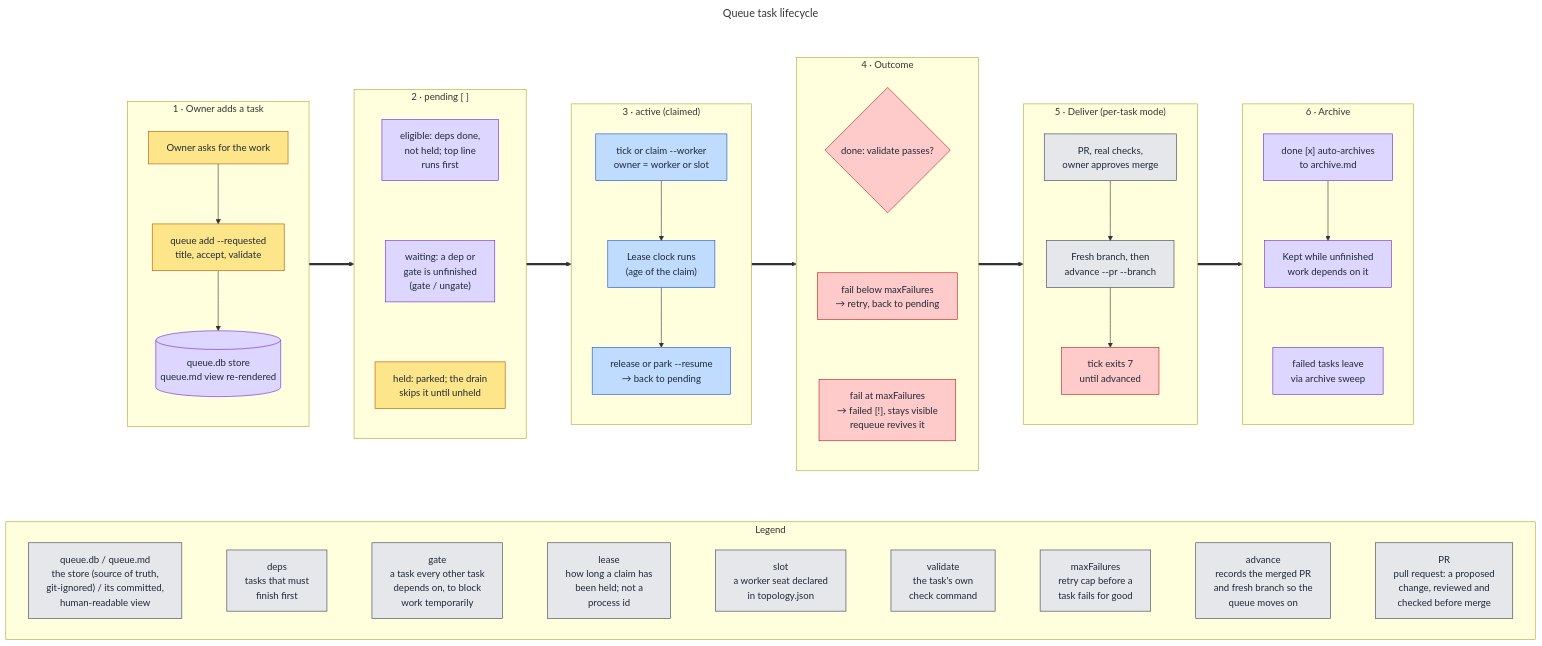
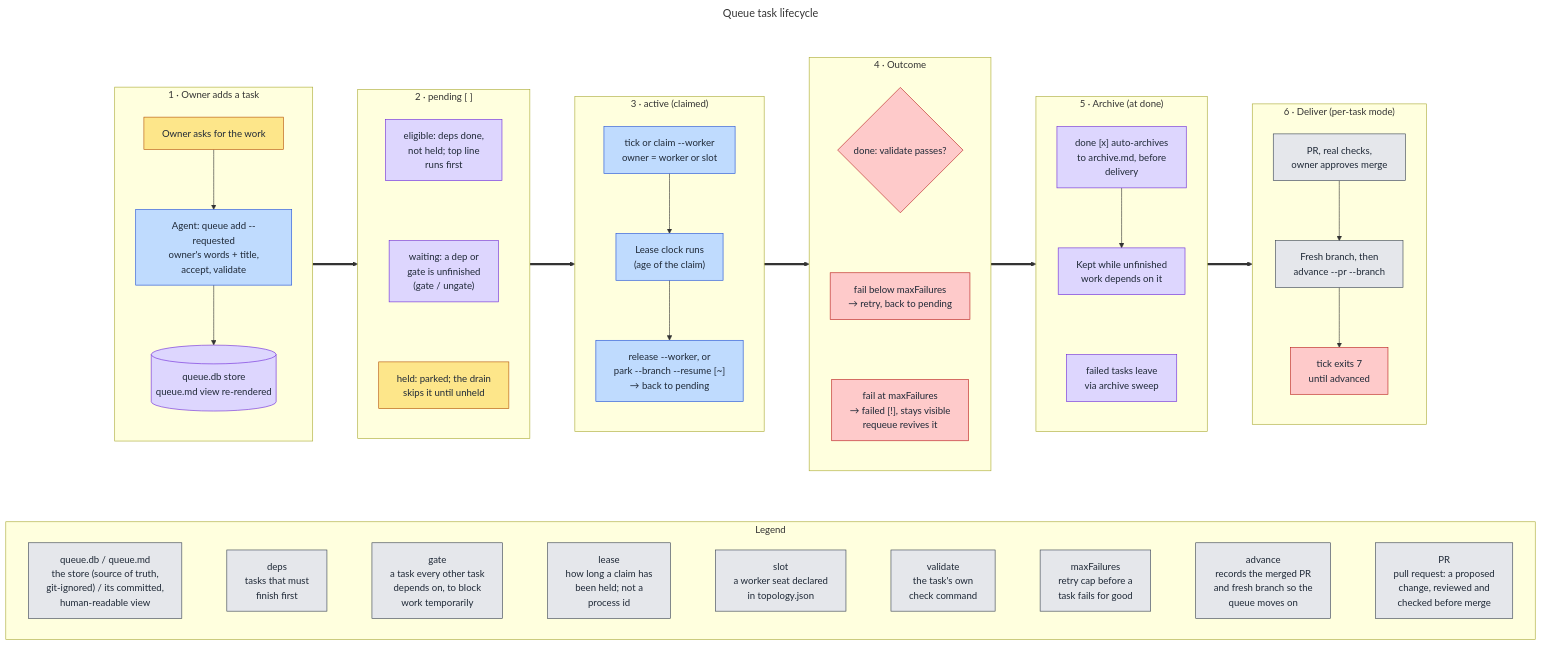
One commit to victusfate/scaffold changed the diagram in docs/diagrams/src/queue-lifecycle.mmd. Above: the diagram before and after it, drawn with Mermaid. The commit also changed 21 other files, not shown here.

First line of the commit message:
docs(diagrams): accuracy fixes from a per-diagram source review

```diff
--- a/docs/diagrams/src/queue-lifecycle.mmd
+++ b/docs/diagrams/src/queue-lifecycle.mmd
@@ -1,85 +1,85 @@
 ---
 title: Queue task lifecycle
 ---
 flowchart TB
   classDef owner fill:#fde68a,stroke:#b45309,color:#1f2937
   classDef orch fill:#bfdbfe,stroke:#1d4ed8,color:#1f2937
   classDef state fill:#ddd6fe,stroke:#6d28d9,color:#1f2937
   classDef lane fill:#bbf7d0,stroke:#15803d,color:#1f2937
   classDef git fill:#e5e7eb,stroke:#374151,color:#1f2937
   classDef gate fill:#fecaca,stroke:#b91c1c,color:#1f2937
 
   %% Edges run between stage subgraphs (not inner nodes) so each stage keeps
   %% its own top-to-bottom direction and the whole image stays landscape.
 
   subgraph FLOW[" "]
   direction LR
 
   subgraph ADD["1 · Owner adds a task"]
     direction TB
     A1["Owner asks for the work"]:::owner
-    A2["queue add --requested<br/>title, accept, validate"]:::owner
+    A2["Agent: queue add --requested<br/>owner's words + title,<br/>accept, validate"]:::orch
     A3[("queue.db store<br/>queue.md view re-rendered")]:::state
     A1 --> A2 --> A3
   end
 
   subgraph PENDING["2 · pending [ ]"]
     direction TB
     P1["eligible: deps done,<br/>not held; top line<br/>runs first"]:::state
     P2["waiting: a dep or<br/>gate is unfinished<br/>(gate / ungate)"]:::state
     P3["held: parked; the drain<br/>skips it until unheld"]:::owner
     P1 ~~~ P2 ~~~ P3
   end
 
   subgraph ACTIVE["3 · active (claimed)"]
     direction TB
     C1["tick or claim --worker<br/>owner = worker or slot"]:::orch
     C2["Lease clock runs<br/>(age of the claim)"]:::orch
-    C3["release or park --resume<br/>→ back to pending"]:::orch
+    C3["release --worker, or<br/>park --branch --resume [~]<br/>→ back to pending"]:::orch
     C1 --> C2 --> C3
   end
 
   subgraph OUTCOME["4 · Outcome"]
     direction TB
     O1{"done: validate passes?"}:::gate
     O2["fail below maxFailures<br/>→ retry, back to pending"]:::gate
     O3["fail at maxFailures<br/>→ failed [!], stays visible<br/>requeue revives it"]:::gate
     O1 ~~~ O2 ~~~ O3
   end
 
-  subgraph DELIVER["5 · Deliver (per-task mode)"]
+  subgraph DELIVER["6 · Deliver (per-task mode)"]
     direction TB
     D1["PR, real checks,<br/>owner approves merge"]:::git
     D2["Fresh branch, then<br/>advance --pr --branch"]:::git
     D3["tick exits 7<br/>until advanced"]:::gate
     D1 --> D2 --> D3
   end
 
-  subgraph ARCHIVE["6 · Archive"]
+  subgraph ARCHIVE["5 · Archive (at done)"]
     direction TB
-    R1["done [x] auto-archives<br/>to archive.md"]:::state
+    R1["done [x] auto-archives<br/>to archive.md, before<br/>delivery"]:::state
     R2["Kept while unfinished<br/>work depends on it"]:::state
     R3["failed tasks leave<br/>via archive sweep"]:::state
     R1 --> R2
     R2 ~~~ R3
   end
 
-  ADD ==> PENDING ==> ACTIVE ==> OUTCOME ==> DELIVER ==> ARCHIVE
+  ADD ==> PENDING ==> ACTIVE ==> OUTCOME ==> ARCHIVE ==> DELIVER
   end
   style FLOW fill:none,stroke:none
 
   subgraph LEGEND["Legend"]
     direction LR
     L1["queue.db / queue.md<br/>the store (source of truth,<br/>git-ignored) / its committed,<br/>human-readable view"]:::git
     L2["deps<br/>tasks that must<br/>finish first"]:::git
     L3["gate<br/>a task every other task<br/>depends on, to block<br/>work temporarily"]:::git
     L4["lease<br/>how long a claim has<br/>been held; not a<br/>process id"]:::git
     L5["slot<br/>a worker seat declared<br/>in topology.json"]:::git
     L6["validate<br/>the task's own<br/>check command"]:::git
     L7["maxFailures<br/>retry cap before a<br/>task fails for good"]:::git
     L8["advance<br/>records the merged PR<br/>and fresh branch so the<br/>queue moves on"]:::git
     L9["PR<br/>pull request: a proposed<br/>change, reviewed and<br/>checked before merge"]:::git
     L1 ~~~ L2 ~~~ L3 ~~~ L4 ~~~ L5 ~~~ L6 ~~~ L7 ~~~ L8 ~~~ L9
   end
 
   FLOW ~~~ LEGEND
```
